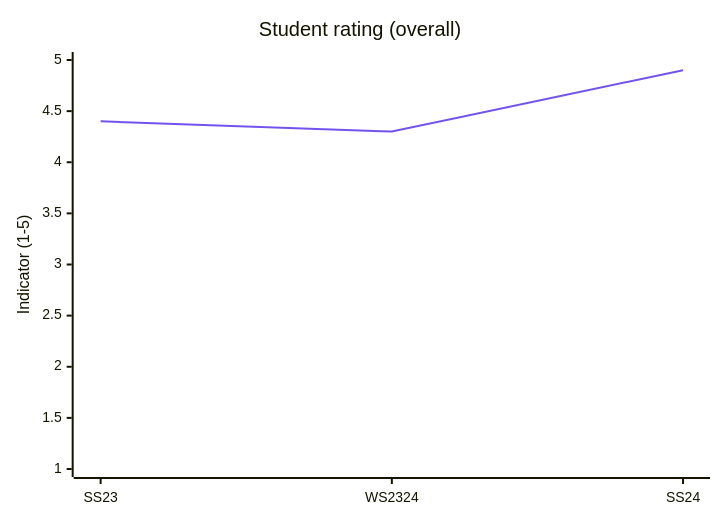
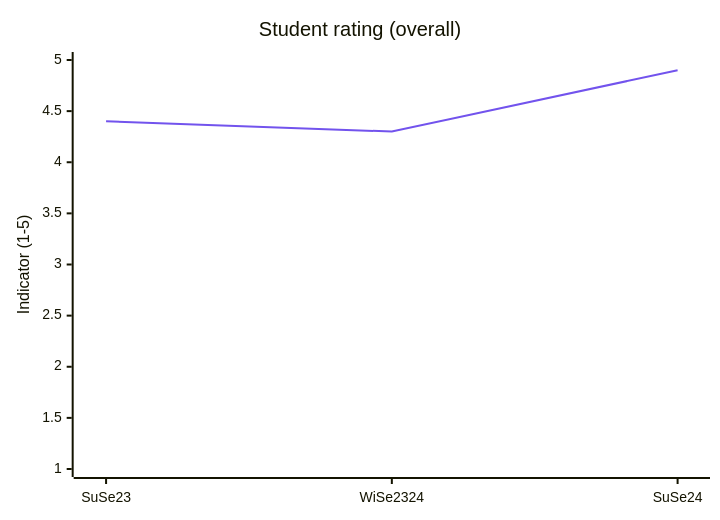
The first of 2 diagrams in docs/evaluations.md (digital-work-lab/open-source-project), drawn with Mermaid before and after one commit. The commit also changed other lines of this file and 1 other file, not shown here.

Commit message:
update abbreviations/fix

````diff
--- a/docs/evaluations.md
+++ b/docs/evaluations.md
@@ -24,8 +24,8 @@
 ```mermaid
 %%{init: { "themeVariables": {"xyChart": {"plotColorPalette": "#7253ed", "plotLineWidth": 4} } }}%%
 xychart-beta
     title "Student rating (overall)"
-    x-axis [SS23, WS2324, SS24]
+    x-axis [SuSe23, WiSe2324, SuSe24]
     y-axis "Indicator (1-5)" 1 --> 5
     line [4.4, 4.3, 4.9]
 ```
````
